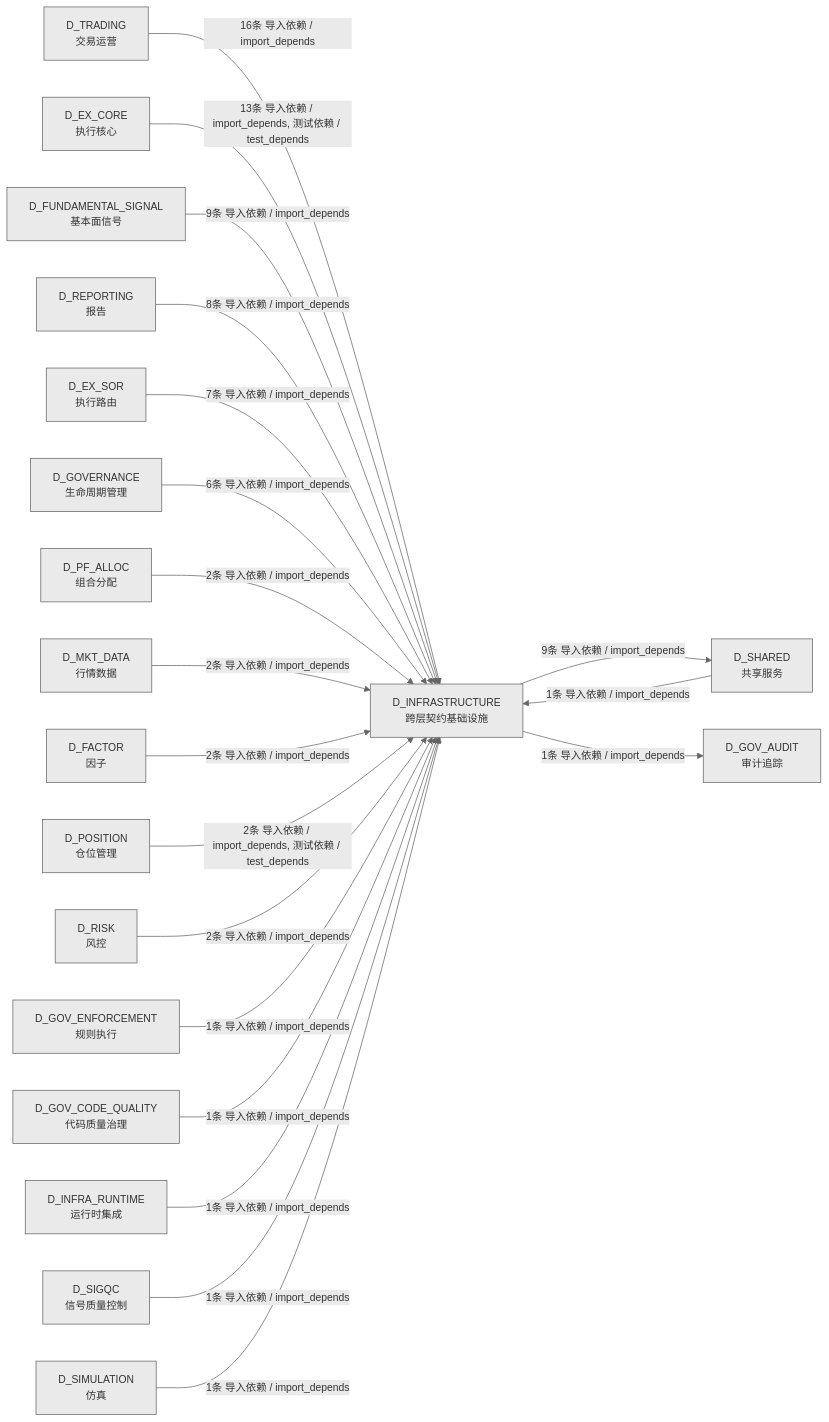
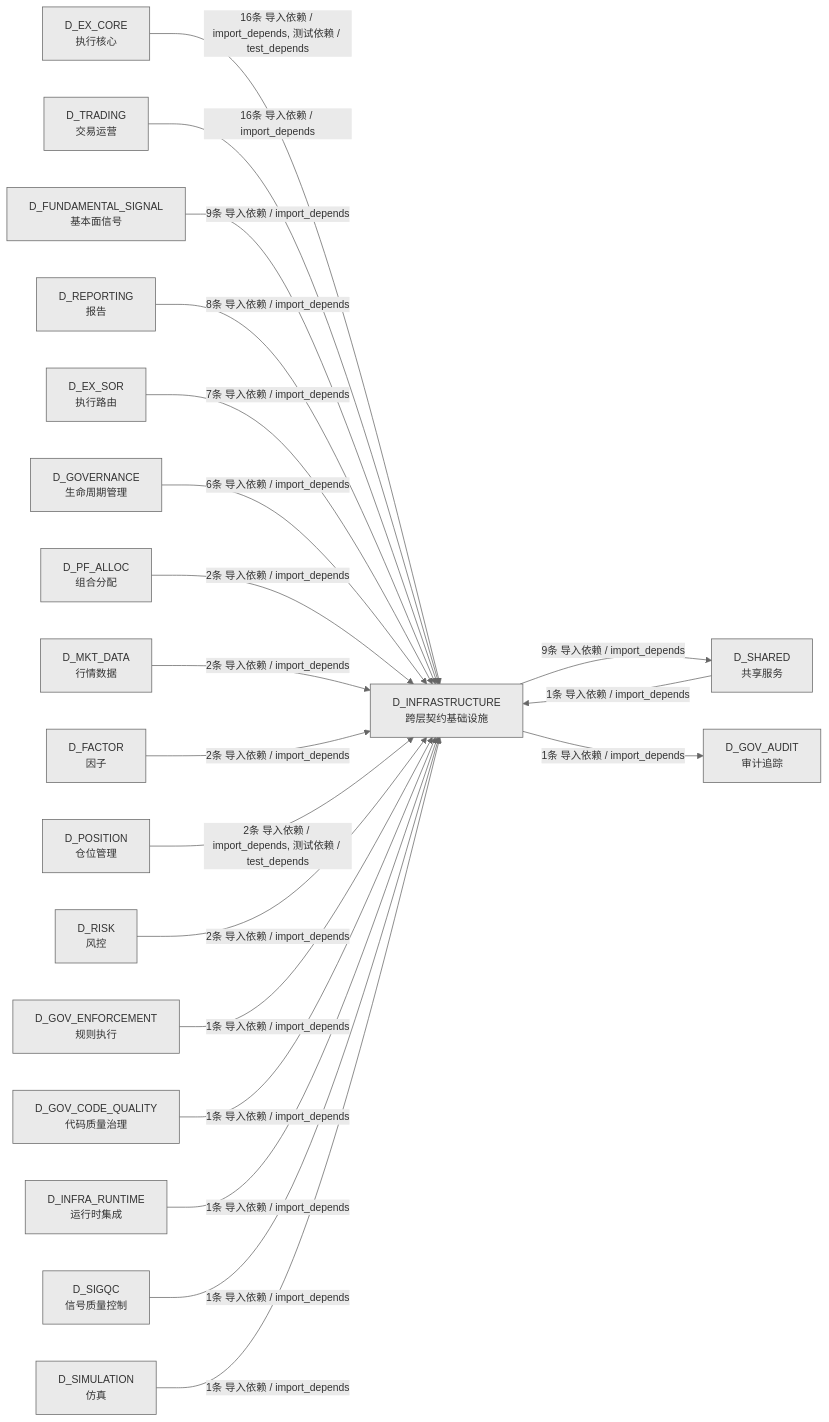
The third of 3 diagrams in docs/02_enterprise_architecture/02_domain_architecture_docs/02_d_infrastructure.md (xuanFelixVan/ZephyrAlpha), drawn with Mermaid before and after one commit. The commit also changed other lines of this file and 42 other files, not shown here.

````diff
--- a/docs/02_enterprise_architecture/02_domain_architecture_docs/02_d_infrastructure.md
+++ b/docs/02_enterprise_architecture/02_domain_architecture_docs/02_d_infrastructure.md
@@ -313,42 +315,42 @@
 ```mermaid
 %%{init: {'theme': 'base', 'themeVariables': {'primaryColor': '#eaeaea', 'primaryTextColor': '#333333', 'primaryBorderColor': '#666666', 'lineColor': '#666666', 'secondaryColor': '#eaeaea', 'tertiaryColor': '#eaeaea', 'fontSize': '14px'}}}%%
 graph LR
     D_INFRASTRUCTURE["D_INFRASTRUCTURE<br/>跨层契约基础设施"]
     D_SHARED["D_SHARED<br/>共享服务"]
     D_GOV_AUDIT["D_GOV_AUDIT<br/>审计追踪"]
+    D_EX_CORE["D_EX_CORE<br/>执行核心"]
     D_TRADING["D_TRADING<br/>交易运营"]
-    D_EX_CORE["D_EX_CORE<br/>执行核心"]
     D_FUNDAMENTAL_SIGNAL["D_FUNDAMENTAL_SIGNAL<br/>基本面信号"]
     D_REPORTING["D_REPORTING<br/>报告"]
     D_EX_SOR["D_EX_SOR<br/>执行路由"]
     D_GOVERNANCE["D_GOVERNANCE<br/>生命周期管理"]
     D_PF_ALLOC["D_PF_ALLOC<br/>组合分配"]
     D_MKT_DATA["D_MKT_DATA<br/>行情数据"]
     D_FACTOR["D_FACTOR<br/>因子"]
     D_POSITION["D_POSITION<br/>仓位管理"]
     D_RISK["D_RISK<br/>风控"]
     D_GOV_ENFORCEMENT["D_GOV_ENFORCEMENT<br/>规则执行"]
     D_GOV_CODE_QUALITY["D_GOV_CODE_QUALITY<br/>代码质量治理"]
     D_INFRA_RUNTIME["D_INFRA_RUNTIME<br/>运行时集成"]
     D_SIGQC["D_SIGQC<br/>信号质量控制"]
     D_SIMULATION["D_SIMULATION<br/>仿真"]
     D_INFRASTRUCTURE -->|9条 导入依赖 / import_depends| D_SHARED
     D_INFRASTRUCTURE -->|1条 导入依赖 / import_depends| D_GOV_AUDIT
+    D_EX_CORE -->|16条 导入依赖 / import_depends, 测试依赖 / test_depends| D_INFRASTRUCTURE
     D_TRADING -->|16条 导入依赖 / import_depends| D_INFRASTRUCTURE
-    D_EX_CORE -->|13条 导入依赖 / import_depends, 测试依赖 / test_depends| D_INFRASTRUCTURE
     D_FUNDAMENTAL_SIGNAL -->|9条 导入依赖 / import_depends| D_INFRASTRUCTURE
     D_REPORTING -->|8条 导入依赖 / import_depends| D_INFRASTRUCTURE
     D_EX_SOR -->|7条 导入依赖 / import_depends| D_INFRASTRUCTURE
     D_GOVERNANCE -->|6条 导入依赖 / import_depends| D_INFRASTRUCTURE
     D_PF_ALLOC -->|2条 导入依赖 / import_depends| D_INFRASTRUCTURE
     D_MKT_DATA -->|2条 导入依赖 / import_depends| D_INFRASTRUCTURE
     D_FACTOR -->|2条 导入依赖 / import_depends| D_INFRASTRUCTURE
     D_POSITION -->|2条 导入依赖 / import_depends, 测试依赖 / test_depends| D_INFRASTRUCTURE
     D_RISK -->|2条 导入依赖 / import_depends| D_INFRASTRUCTURE
     D_GOV_ENFORCEMENT -->|1条 导入依赖 / import_depends| D_INFRASTRUCTURE
     D_GOV_CODE_QUALITY -->|1条 导入依赖 / import_depends| D_INFRASTRUCTURE
     D_INFRA_RUNTIME -->|1条 导入依赖 / import_depends| D_INFRASTRUCTURE
     D_SHARED -->|1条 导入依赖 / import_depends| D_INFRASTRUCTURE
     D_SIGQC -->|1条 导入依赖 / import_depends| D_INFRASTRUCTURE
     D_SIMULATION -->|1条 导入依赖 / import_depends| D_INFRASTRUCTURE
 ```
````
